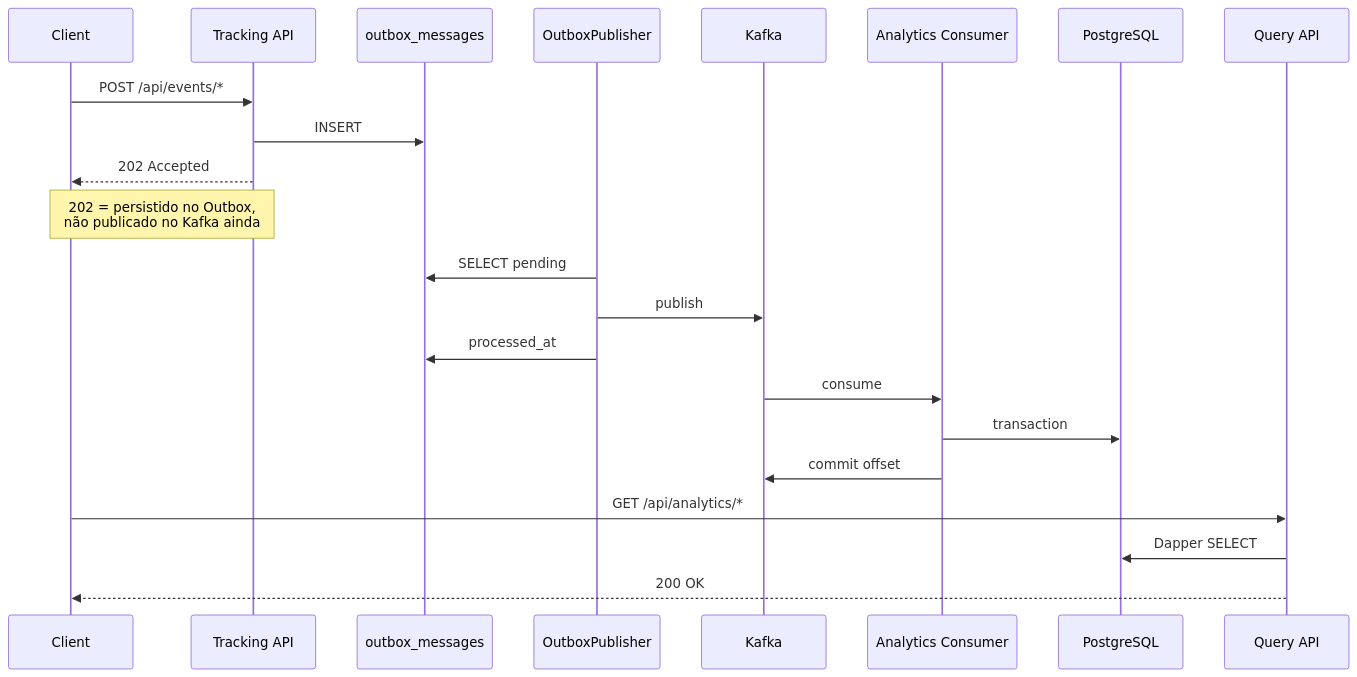
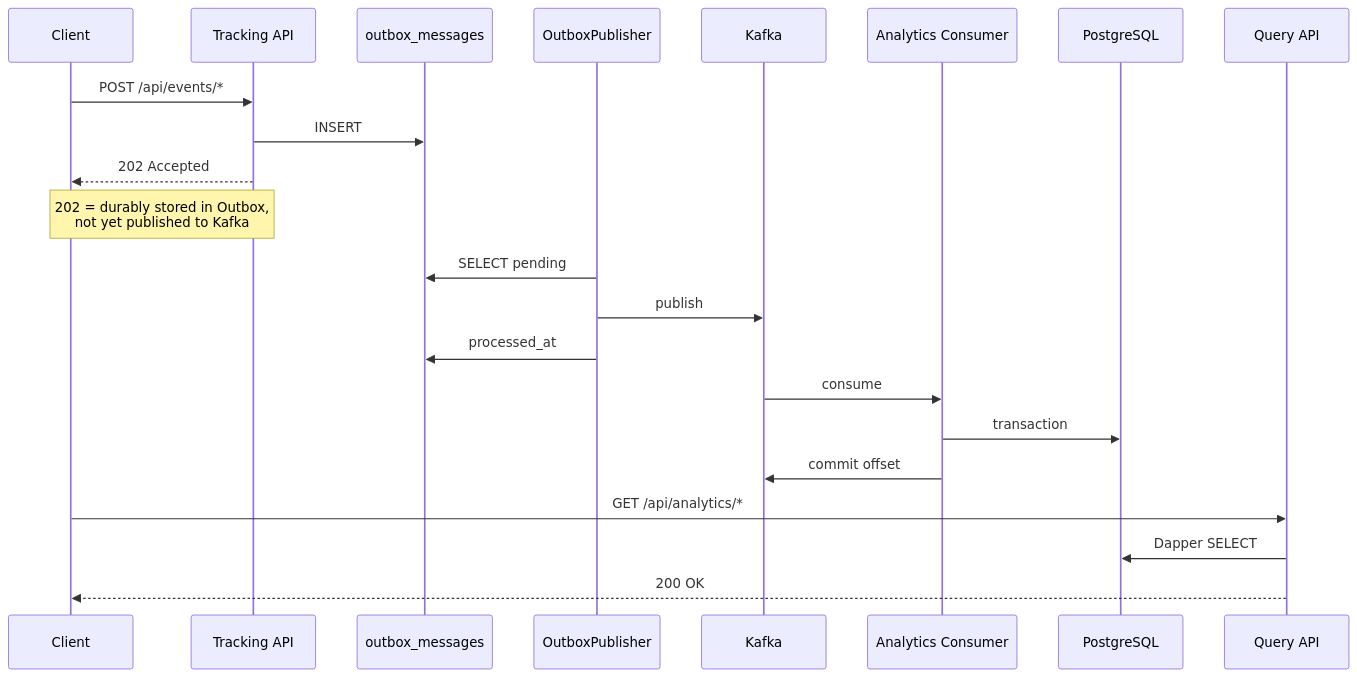
One commit to luismpenholato/EventStreaming.Analytics.Kafka changed the first of 2 diagrams in README.md. Above: the diagram before and after it, drawn with Mermaid. The commit also changed other lines of this file and 26 other files, not shown here.

````diff
--- a/README.md
+++ b/README.md
@@ -27,28 +40,28 @@
 ```mermaid
 sequenceDiagram
     participant C as Client
     participant T as Tracking API
     participant O as outbox_messages
     participant W as OutboxPublisher
     participant K as Kafka
     participant A as Analytics Consumer
     participant D as PostgreSQL
     participant Q as Query API
 
     C->>T: POST /api/events/*
     T->>O: INSERT
     T-->>C: 202 Accepted
-    Note over T,C: 202 = persistido no Outbox,<br/>não publicado no Kafka ainda
+    Note over T,C: 202 = durably stored in Outbox,<br/>not yet published to Kafka
 
     W->>O: SELECT pending
     W->>K: publish
     W->>O: processed_at
 
     K->>A: consume
     A->>D: transaction
     A->>K: commit offset
 
     C->>Q: GET /api/analytics/*
     Q->>D: Dapper SELECT
     Q-->>C: 200 OK
 ```
````
